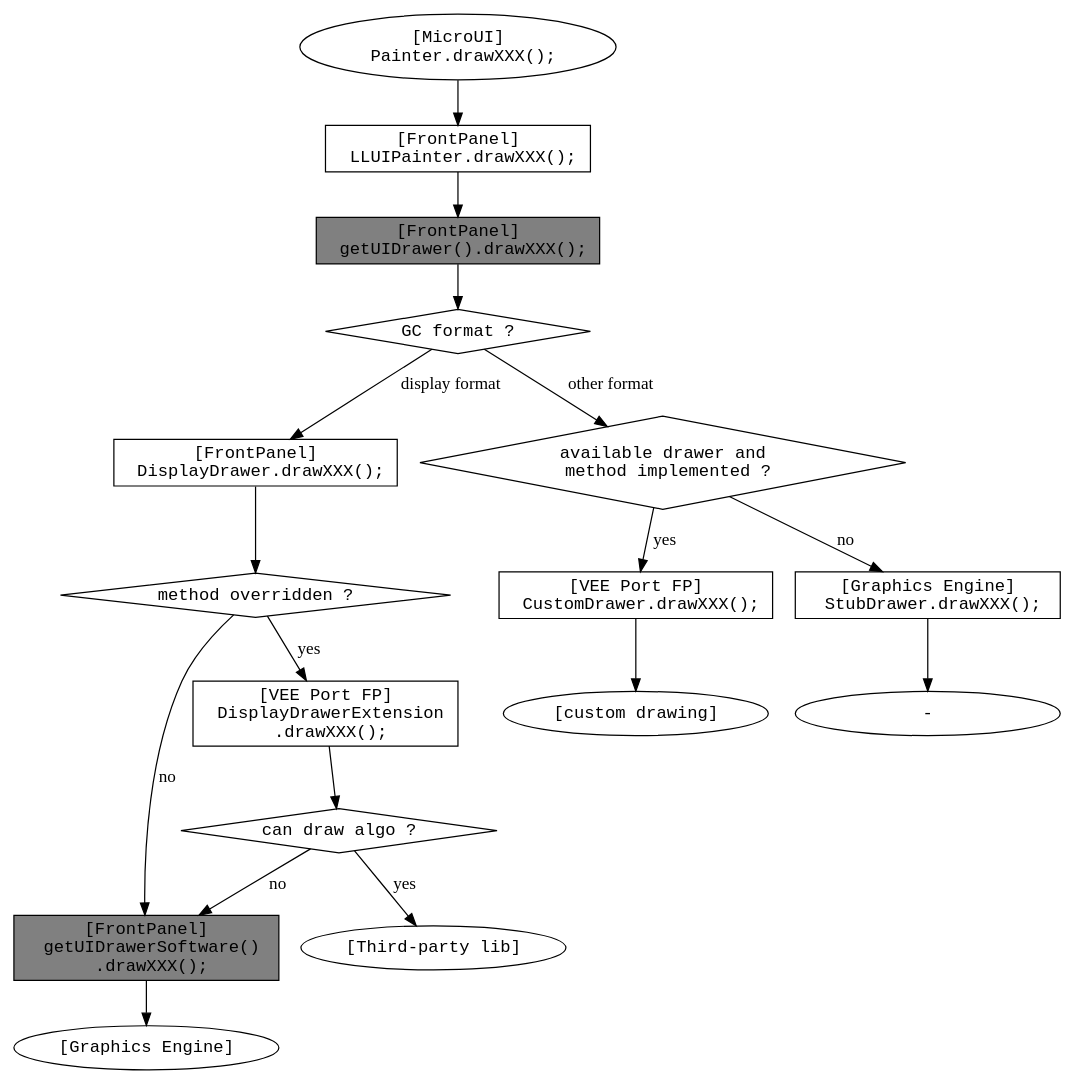
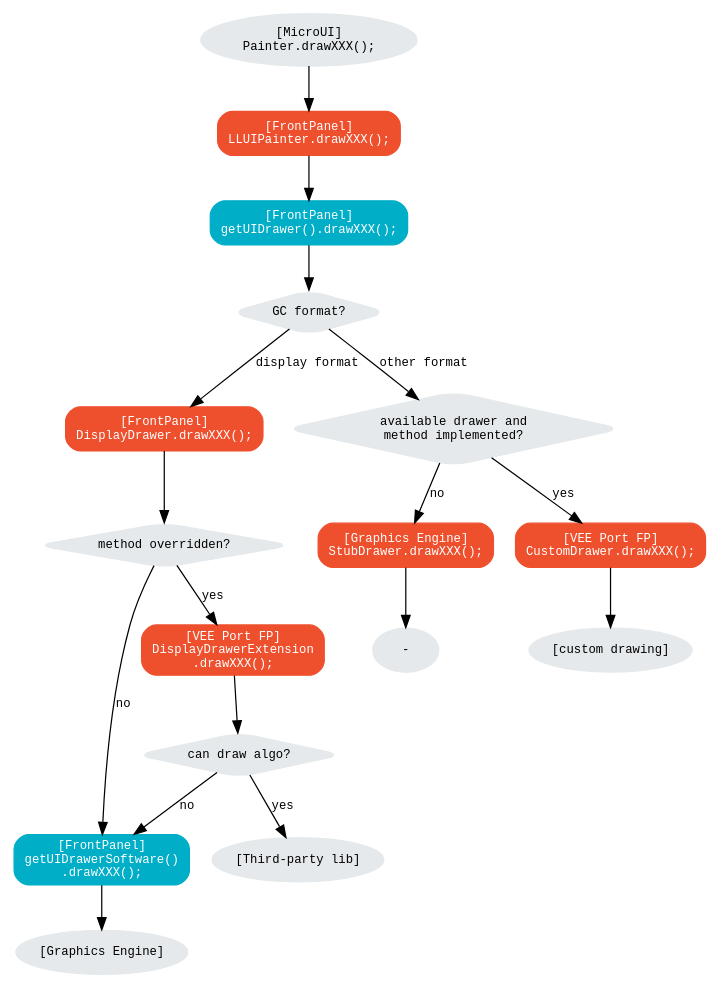
One commit to MicroEJ/docs changed the third of 4 diagrams in VEEPortingGuide/uiBufferedImage.rst. Above: the diagram before and after it, drawn with Graphviz. The commit also changed other lines of this file and 2 other files, not shown here.

Commit message:
Update graphs look.

```diff
--- a/VEEPortingGuide/uiBufferedImage.rst
+++ b/VEEPortingGuide/uiBufferedImage.rst
@@ -752,65 +740,66 @@
 .. graphviz::
 
   digraph {
     ratio="auto"
     splines="true";
-    node [style=filled fillcolor=white shape=rectangle fontname=monospace fontcolor=black width=3];
-        
+    node [style="filled,rounded" fontname="courier new" fontsize="10"]
+
+    { //in/out
+        node [shape="ellipse" color="#e5e9eb" fontcolor="black"] mui UID_soft_c UID_gpu_hard UID_1_d stub
+    }
+    { // h
+        node [shape="box" color="#00aec7" fontcolor="white"] UID_h UID_soft_h
+    }
+    { // c
+        node [shape="box" color="#ee502e" fontcolor="white"] LLUI_c UID_c0 UID_gpu_0_c UID_stub_c UID_1_c
+    }
+    { // weak
+        node [shape="box" style="dashed,rounded" color="#ee502e"] 
+    }
+    { // choice
+        node [shape="diamond" color="#e5e9eb"] UID_cond UID_gpu_cond UID_table UID_cond_1
+    }
+
     // --- SIMPLE FLOW ELEMENTS -- //
 
-    mui [label="[MicroUI]
-    Painter.drawXXX();" shape=ellipse] 
-    LLUI_c [label="[FrontPanel]
-    LLUIPainter.drawXXX();"]
-    UID_h [label="[FrontPanel]
-    getUIDrawer().drawXXX();" fillcolor=gray]
-    // UID_weak_c [label="[ui_drawing.c]
-    // weak UI_DRAWING_drawXXX();" style=dotted]
-    UID_soft_h [label="[FrontPanel]
-    getUIDrawerSoftware()
-    .drawXXX();" fillcolor=gray]
-    UID_soft_c [label="[Graphics Engine]" shape=ellipse]
+    mui [label="[MicroUI]\nPainter.drawXXX();"] 
+    LLUI_c [label="[FrontPanel]\nLLUIPainter.drawXXX();"]
+    UID_h [label="[FrontPanel]\ngetUIDrawer().drawXXX();"]
+    UID_soft_h [label="[FrontPanel]\ngetUIDrawerSoftware()\n.drawXXX();"]
+    UID_soft_c [label="[Graphics Engine]"]
 
     // --- GPU FLOW ELEMENTS -- //
 
-    UID_cond [label="method overridden ?" shape=diamond]
-    // UID_gpu_c [label="[ui_drawing_gpu.c]
-    // UI_DRAWING_drawXXX();"]
-    UID_gpu_cond [label="can draw algo ?" shape=diamond]
-    UID_gpu_hard [label="[Third-party lib]" shape=ellipse]
+    UID_cond [label="method overridden?"]
+    UID_gpu_cond [label="can draw algo?"]
+    UID_gpu_hard [label="[Third-party lib]"]
 
     // --- MULTIPLE GC FLOW ELEMENTS -- //
 
-    UID_table [label="GC format ?" shape=diamond]
-    UID_c0 [label="[FrontPanel]
-    DisplayDrawer.drawXXX();"]
-    UID_gpu_0_c [label="[VEE Port FP]
-    DisplayDrawerExtension
-    .drawXXX();"]
-    UID_cond_1 [label="available drawer and
-    method implemented ?" shape=diamond]
-    UID_1_c [label="[VEE Port FP]
-    CustomDrawer.drawXXX();"]
-    UID_1_d [label="[custom drawing]" shape=ellipse]
+    UID_table [label="GC format?"]
+    UID_c0 [label="[FrontPanel]\nDisplayDrawer.drawXXX();"]
+    UID_gpu_0_c [label="[VEE Port FP]\nDisplayDrawerExtension\n.drawXXX();"]
+    UID_cond_1 [label="available drawer and\nmethod implemented?"]
+    UID_1_c [label="[VEE Port FP]\nCustomDrawer.drawXXX();"]
+    UID_1_d [label="[custom drawing]"]
 
-    UID_stub_c [label="[Graphics Engine]
-    StubDrawer.drawXXX();"]
-    stub [label="-" shape=ellipse]
+    UID_stub_c [label="[Graphics Engine]\nStubDrawer.drawXXX();"]
+    stub [label="-"]
 
     // --- FLOW -- //
 
     mui->LLUI_c->UID_h->UID_table
-    UID_table->UID_c0 [label="display format"]
+    UID_table->UID_c0 [label="display format" fontname="courier new" fontsize="10"]
     UID_c0->UID_cond
-    UID_table->UID_cond_1 [label="other format"]
-    UID_cond->UID_soft_h [label="no"]
+    UID_table->UID_cond_1 [label="other format" fontname="courier new" fontsize="10"]
+    UID_cond->UID_soft_h [label="no" fontname="courier new" fontsize="10"]
     UID_soft_h->UID_soft_c
-    UID_cond->UID_gpu_0_c [label="yes"]
+    UID_cond->UID_gpu_0_c [label="yes" fontname="courier new" fontsize="10"]
     UID_gpu_0_c->UID_gpu_cond
-    UID_cond_1->UID_stub_c [label="no"]
+    UID_cond_1->UID_stub_c [label="no" fontname="courier new" fontsize="10"]
     UID_stub_c->stub
-    UID_cond_1->UID_1_c [label="yes"]
+    UID_cond_1->UID_1_c [label="yes" fontname="courier new" fontsize="10"]
     UID_1_c->UID_1_d
-    UID_gpu_cond->UID_soft_h [label="no"]
-    UID_gpu_cond->UID_gpu_hard [label="yes"]
+    UID_gpu_cond->UID_soft_h [label="no" fontname="courier new" fontsize="10"]
+    UID_gpu_cond->UID_gpu_hard [label="yes" fontname="courier new" fontsize="10"]
   }
```
